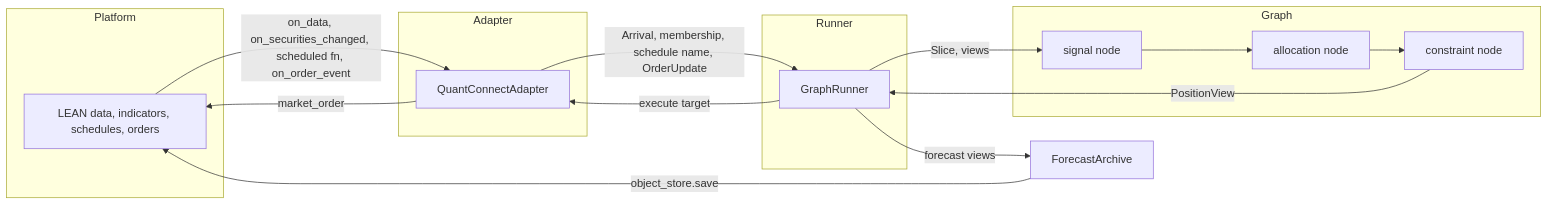
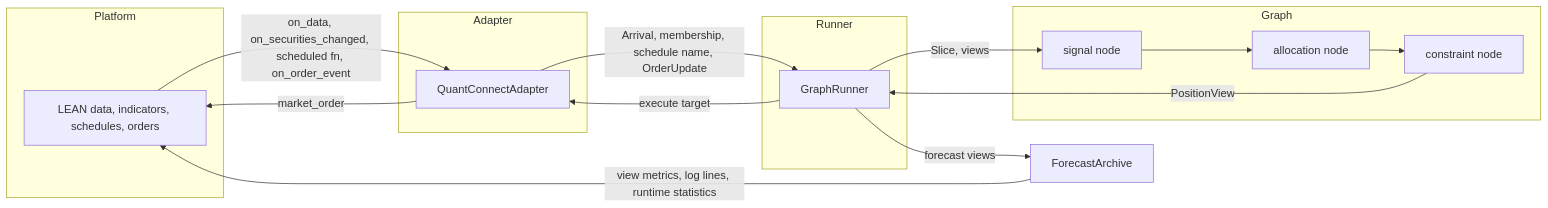
One commit to jibidnd/sugarloaf changed the diagram in docs/ARCHITECTURE.md. Above: the diagram before and after it, drawn with Mermaid. The commit also changed other lines of this file and 32 other files, not shown here.

````diff
--- a/docs/ARCHITECTURE.md
+++ b/docs/ARCHITECTURE.md
@@ -21,23 +21,23 @@
 ```mermaid
 flowchart LR
     subgraph Platform
       L[LEAN data, indicators, schedules, orders]
     end
     subgraph Adapter
       A[QuantConnectAdapter]
     end
     subgraph Runner
       R[GraphRunner]
     end
     subgraph Graph
       N1[signal node] --> N2[allocation node] --> N3[constraint node]
     end
     L -- on_data, on_securities_changed, scheduled fn, on_order_event --> A
     A -- Arrival, membership, schedule name, OrderUpdate --> R
     R -- Slice, views --> N1
     N3 -- PositionView --> R
     R -- execute target --> A
     A -- market_order --> L
     R -- forecast views --> F[ForecastArchive]
-    F -- object_store.save --> L
+    F -- view metrics, log lines, runtime statistics --> L
 ```
````
